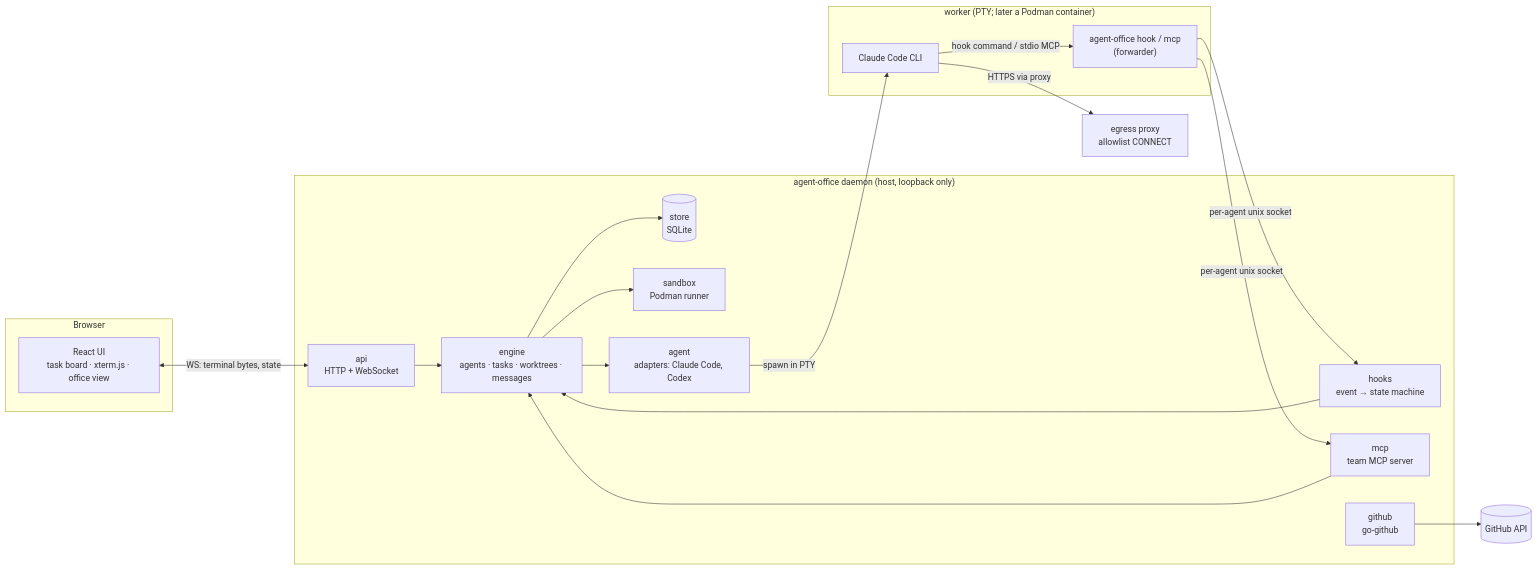
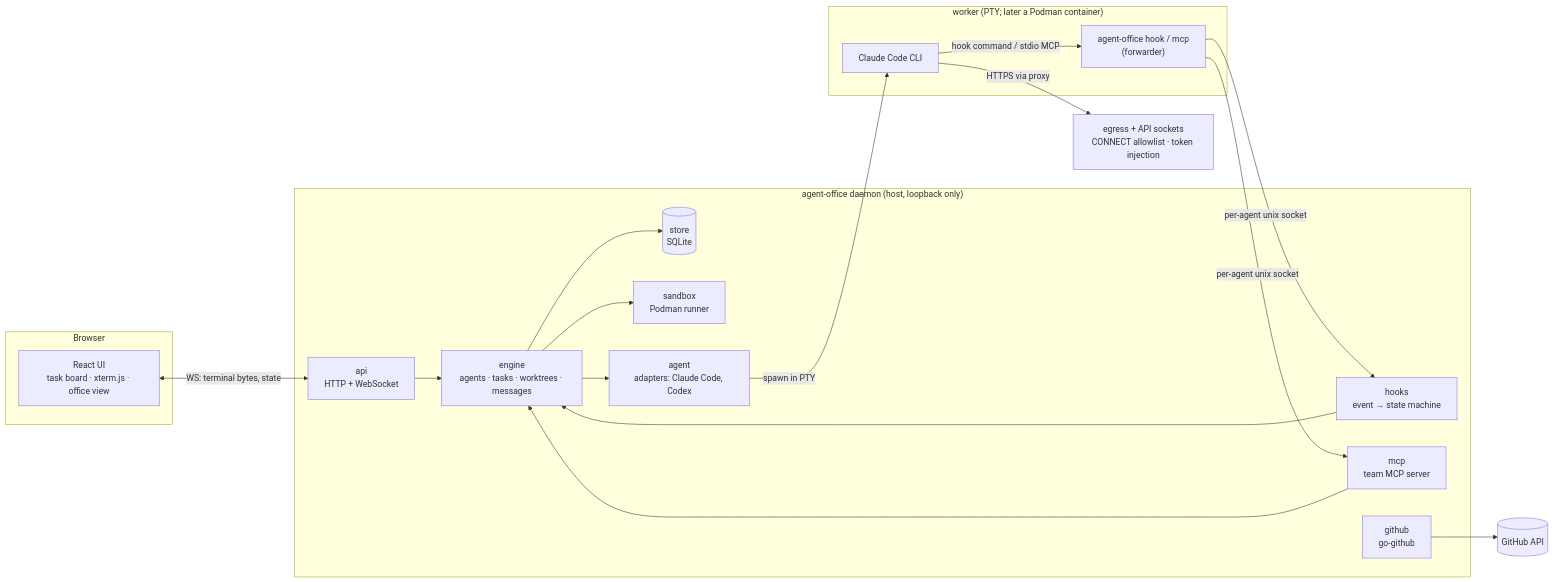
Before and after one commit to OzanAlpkaya/agent-office: the first of 2 diagrams in docs/architecture.md, drawn with Mermaid. The commit also changed other lines of this file and 5 other files, not shown here.

First line of the commit message:
docs: ADRs 0014 (git in the sandbox) and 0016 (network, API injection)

````diff
--- a/docs/architecture.md
+++ b/docs/architecture.md
@@ -14,39 +14,39 @@
 ```mermaid
 flowchart LR
   subgraph Browser
     UI[React UI<br/>task board · xterm.js · office view]
   end
 
   subgraph Daemon["agent-office daemon (host, loopback only)"]
     API[api<br/>HTTP + WebSocket]
     ENG[engine<br/>agents · tasks · worktrees · messages]
     HK[hooks<br/>event → state machine]
     MCP[mcp<br/>team MCP server]
     ST[(store<br/>SQLite)]
     GH[github<br/>go-github]
     SB[sandbox<br/>Podman runner]
     AD[agent<br/>adapters: Claude Code, Codex]
   end
 
   subgraph Worker["worker (PTY; later a Podman container)"]
     CC[Claude Code CLI]
     FWD["agent-office hook / mcp<br/>(forwarder)"]
   end
 
-  PX[egress proxy<br/>allowlist CONNECT]
+  PX[egress + API sockets<br/>CONNECT allowlist · token injection]
   GHAPI[(GitHub API)]
 
   UI <-- WS: terminal bytes, state --> API
   API --> ENG
   ENG --> ST
   ENG --> AD
   AD -- spawn in PTY --> CC
   ENG --> SB
   CC -- hook command / stdio MCP --> FWD
   FWD -- per-agent unix socket --> HK
   FWD -- per-agent unix socket --> MCP
   HK --> ENG
   MCP --> ENG
   CC -- HTTPS via proxy --> PX
   GH --> GHAPI
 ```
````
